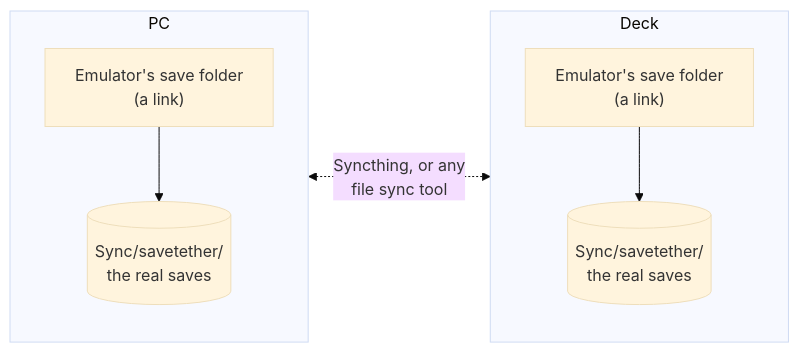
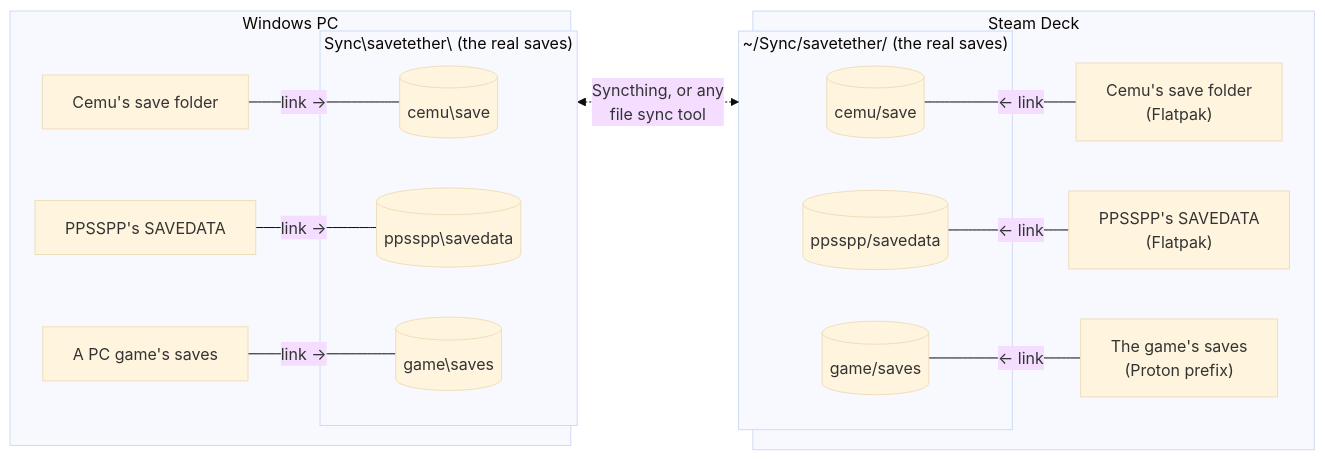
One commit to carlocgc/SaveTether changed the diagram in README.md. Above: the diagram before and after it, drawn with Mermaid (base theme). The commit also changed other lines of this file and 17 other files, not shown here.

````diff
--- a/README.md
+++ b/README.md
@@ -23,12 +25,24 @@
 ```mermaid
 flowchart LR
-  subgraph PC
-    direction TB
-    A["Emulator's save folder<br/>(a link)"] --> S1[("Sync/savetether/<br/>the real saves")]
+  subgraph PC["Windows PC"]
+    PA["Cemu's save folder"] --- |"link →"| PSA[("cemu\save")]
+    PB["PPSSPP's SAVEDATA"] --- |"link →"| PSB[("ppsspp\savedata")]
+    PG["A PC game's saves"] --- |"link →"| PSG[("game\saves")]
+    subgraph PCS["Sync\savetether\ (the real saves)"]
+      PSA
+      PSB
+      PSG
+    end
   end
-  subgraph Deck
-    direction TB
-    B["Emulator's save folder<br/>(a link)"] --> S2[("Sync/savetether/<br/>the real saves")]
+  subgraph Deck["Steam Deck"]
+    DSA[("cemu/save")] --- |"← link"| DAA["Cemu's save folder<br/>(Flatpak)"]
+    DSB[("ppsspp/savedata")] --- |"← link"| DAB["PPSSPP's SAVEDATA<br/>(Flatpak)"]
+    DSG[("game/saves")] --- |"← link"| DAG["The game's saves<br/>(Proton prefix)"]
+    subgraph DS["~/Sync/savetether/ (the real saves)"]
+      DSA
+      DSB
+      DSG
+    end
   end
-  S1 <-. "Syncthing, or any<br/>file sync tool" .-> S2
+  PCS <-. "Syncthing, or any<br/>file sync tool" .-> DS
 ```
````
